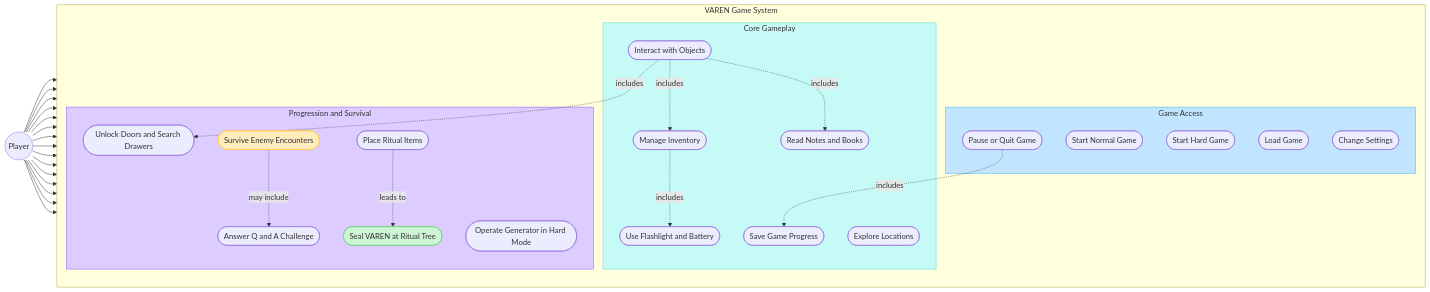
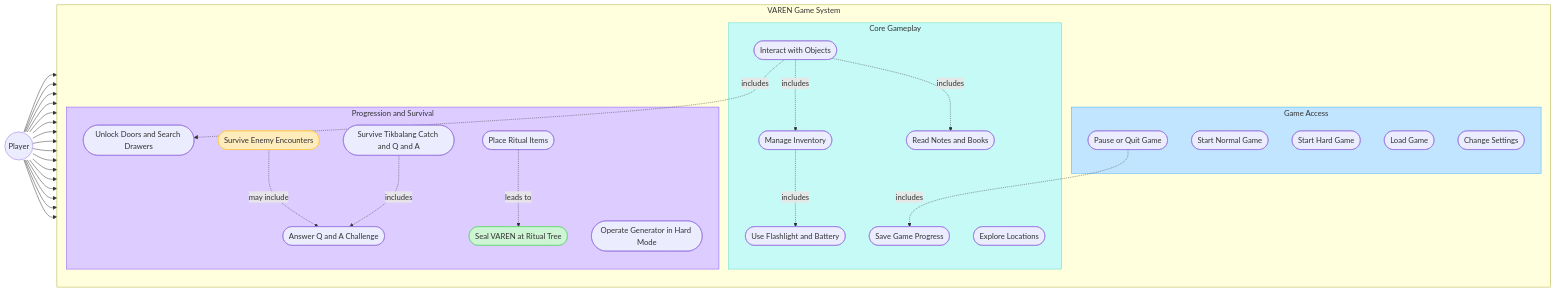
One commit to janninobansag/game changed the diagram in Assets/Documentation/USE_CASE_DIAGRAM.md. Above: the diagram before and after it, drawn with Mermaid. The commit also changed other lines of this file and 47 other files, not shown here.

````diff
--- a/Assets/Documentation/USE_CASE_DIAGRAM.md
+++ b/Assets/Documentation/USE_CASE_DIAGRAM.md
@@ -5,64 +5,67 @@
 ```mermaid
 flowchart LR
     player((Player))
 
     subgraph varenSystem [VAREN Game System]
         direction TB
 
         subgraph gameAccess [Game Access]
             startNormal([Start Normal Game])
             startHard([Start Hard Game])
             loadGame([Load Game])
             changeSettings([Change Settings])
             pauseQuit([Pause or Quit Game])
         end
 
         subgraph coreGameplay [Core Gameplay]
             explore([Explore Locations])
             interact([Interact with Objects])
             manageItems([Manage Inventory])
             useFlashlight([Use Flashlight and Battery])
             readContent([Read Notes and Books])
             saveGame([Save Game Progress])
         end
 
         subgraph progression [Progression and Survival]
             unlockArea([Unlock Doors and Search Drawers])
             encounter([Survive Enemy Encounters])
             answerQuestions([Answer Q and A Challenge])
+            tikbalangCatch([Survive Tikbalang Catch and Q and A])
             generator([Operate Generator in Hard Mode])
             placeRitual([Place Ritual Items])
             sealVaren([Seal VAREN at Ritual Tree])
         end
     end
 
     player --> startNormal
     player --> startHard
     player --> loadGame
     player --> changeSettings
     player --> pauseQuit
     player --> explore
     player --> interact
     player --> manageItems
     player --> useFlashlight
     player --> readContent
     player --> unlockArea
     player --> encounter
+    player --> tikbalangCatch
     player --> generator
     player --> placeRitual
     player --> sealVaren
 
     interact -.->|includes| manageItems
     interact -.->|includes| unlockArea
     interact -.->|includes| readContent
     manageItems -.->|includes| useFlashlight
     encounter -.->|may include| answerQuestions
+    tikbalangCatch -.->|includes| answerQuestions
     placeRitual -.->|leads to| sealVaren
     pauseQuit -.->|includes| saveGame
 
     style gameAccess fill:#C2E5FF,stroke:#3DADFF
     style coreGameplay fill:#C6FAF6,stroke:#5AD8CC
     style progression fill:#DCCCFF,stroke:#874FFF
     style sealVaren fill:#CDF4D3,stroke:#66D575
     style encounter fill:#FFECBD,stroke:#FFC943
 ```
````
